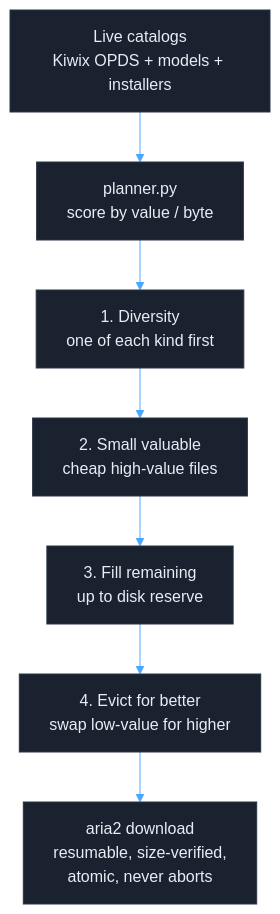
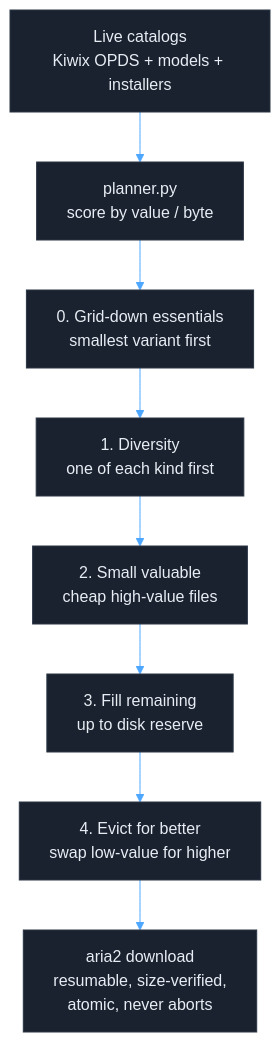
The second of 3 diagrams in README.md (mvalancy/val-ark), drawn with Mermaid before and after one commit. The commit also changed other lines of this file and 34 other files, not shown here.

````diff
--- a/README.md
+++ b/README.md
@@ -116,17 +116,18 @@
 ```mermaid
 %%{init: {'theme': 'base', 'themeVariables': {
   'primaryColor': '#1a2230',
   'primaryBorderColor': '#2a3545',
   'primaryTextColor': '#e8edf4',
   'lineColor': '#4da6ff',
   'secondaryColor': '#131921',
   'tertiaryColor': '#0a0e14'
 }}}%%
 flowchart TD
     CAT["Live catalogs<br/>Kiwix OPDS + models + installers"] --> PLAN["planner.py<br/>score by value / byte"]
-    PLAN --> P1["1. Diversity<br/>one of each kind first"]
+    PLAN --> P0["0. Grid-down essentials<br/>smallest variant first"]
+    P0 --> P1["1. Diversity<br/>one of each kind first"]
     P1 --> P2["2. Small valuable<br/>cheap high-value files"]
     P2 --> P3["3. Fill remaining<br/>up to disk reserve"]
     P3 --> P4["4. Evict for better<br/>swap low-value for higher"]
     P4 --> FILL["aria2 download<br/>resumable, size-verified,<br/>atomic, never aborts"]
 ```
````
